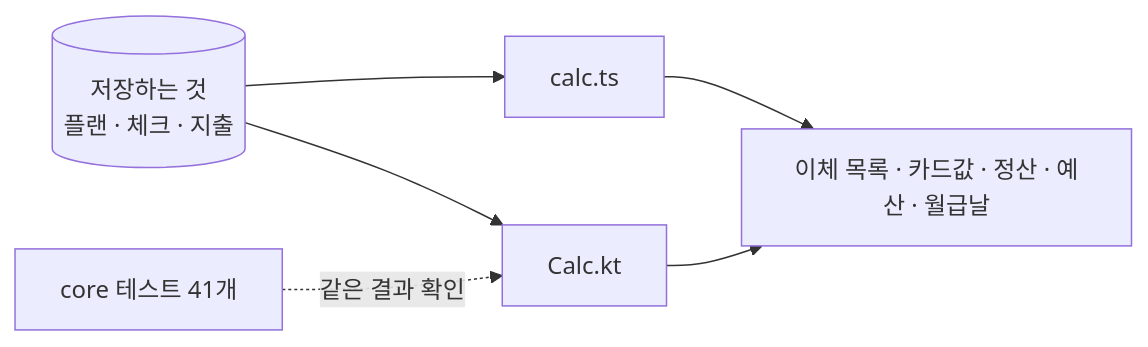
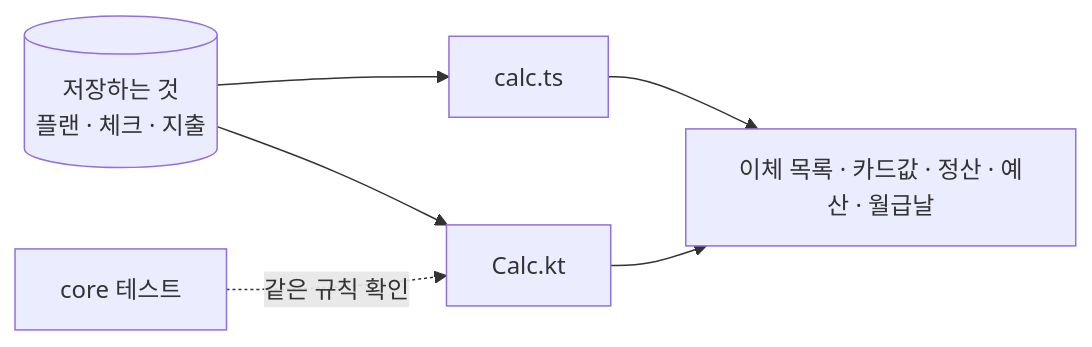
Before and after one commit to jojaden/our-money: the seventh of 10 diagrams in docs/DECISIONS.md, drawn with Mermaid. The commit also changed other lines of this file and 1 other file, not shown here.

````diff
--- a/docs/DECISIONS.md
+++ b/docs/DECISIONS.md
@@ -133,8 +165,8 @@
 ```mermaid
 flowchart LR
   data[("저장하는 것<br/>플랜 · 체크 · 지출")] --> web["calc.ts"]
   data --> kt["Calc.kt"]
   web --> out["이체 목록 · 카드값 · 정산 · 예산 · 월급날"]
   kt --> out
-  test["core 테스트 41개"] -. 같은 결과 확인 .-> kt
+  test["core 테스트"] -. 같은 규칙 확인 .-> kt
 ```
````
